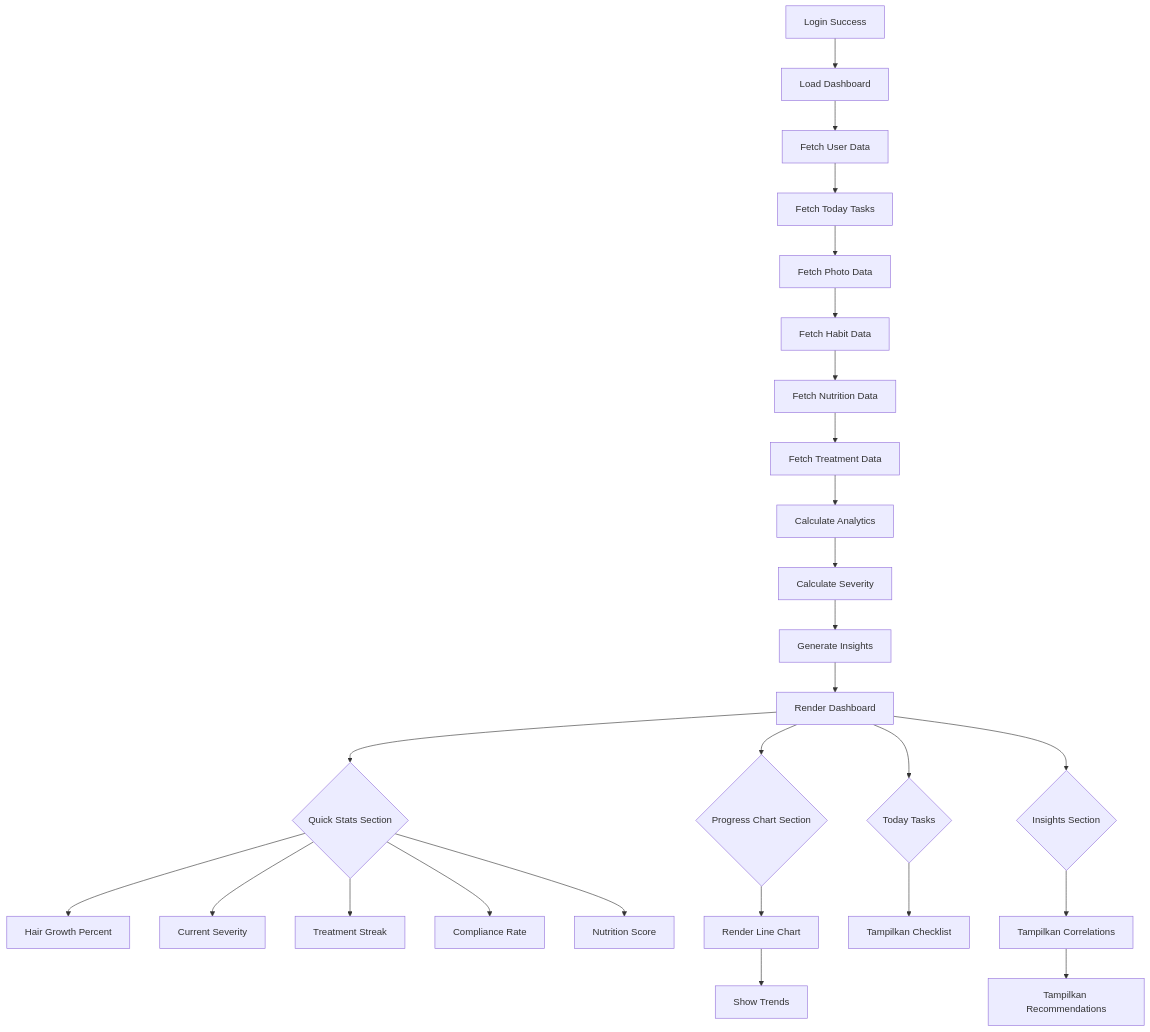
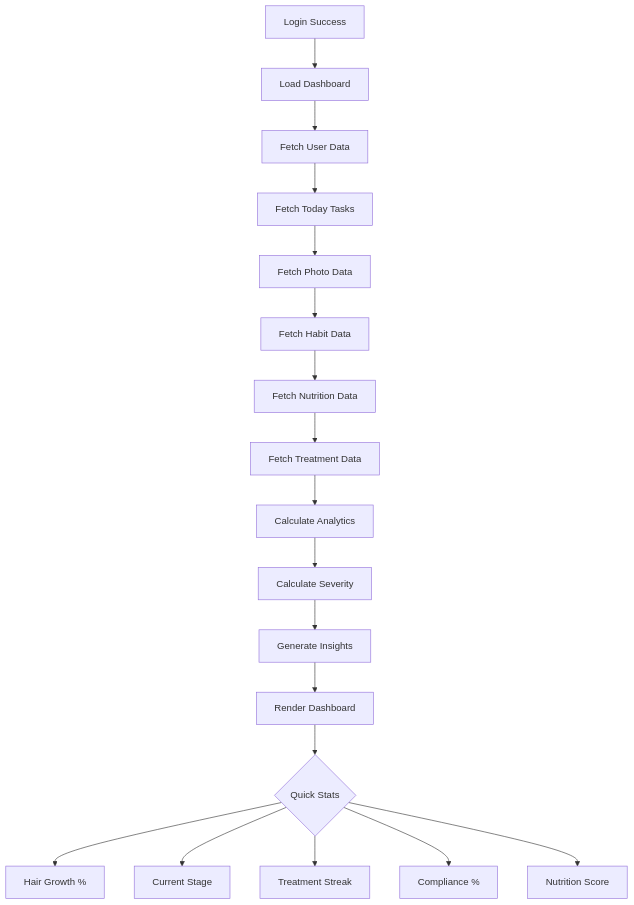
One commit to petrushandika/Scalp-Analytics changed the sixth of 8 diagrams in Documentation/USER-FLOW.md. Above: the diagram before and after it, drawn with Mermaid. The commit also changed other lines of this file, not shown here.

Commit message:
Refactor user flow documentation to streamline content and improve clarity. Removed outdated sections, updated wireframe representations, and enhanced form component details for user registration. Simplified input processes and adjusted flowchart for better readability.

````diff
--- a/Documentation/USER-FLOW.md
+++ b/Documentation/USER-FLOW.md
@@ -768,35 +472,24 @@
 ```mermaid
 flowchart TD
     A[Login Success] --> B[Load Dashboard]
     
     B --> C[Fetch User Data]
     C --> D[Fetch Today Tasks]
     D --> E[Fetch Photo Data]
     E --> F[Fetch Habit Data]
     F --> G[Fetch Nutrition Data]
     G --> H[Fetch Treatment Data]
     
     H --> I[Calculate Analytics]
     I --> J[Calculate Severity]
     J --> K[Generate Insights]
     
     K --> L[Render Dashboard]
     
-    L --> M{Quick Stats Section}
-    M --> N[Hair Growth Percent]
-    M --> O[Current Severity]
+    L --> M{Quick Stats}
+    M --> N[Hair Growth %]
+    M --> O[Current Stage]
     M --> P[Treatment Streak]
-    M --> Q[Compliance Rate]
+    M --> Q[Compliance %]
     M --> R[Nutrition Score]
-    
-    L --> S{Progress Chart Section}
-    S --> T[Render Line Chart]
-    T --> U[Show Trends]
-    
-    L --> V{Today Tasks}
-    V --> W[Tampilkan Checklist]
-    
-    L --> X{Insights Section}
-    X --> Y[Tampilkan Correlations]
-    Y --> Z[Tampilkan Recommendations]
 ```
````
